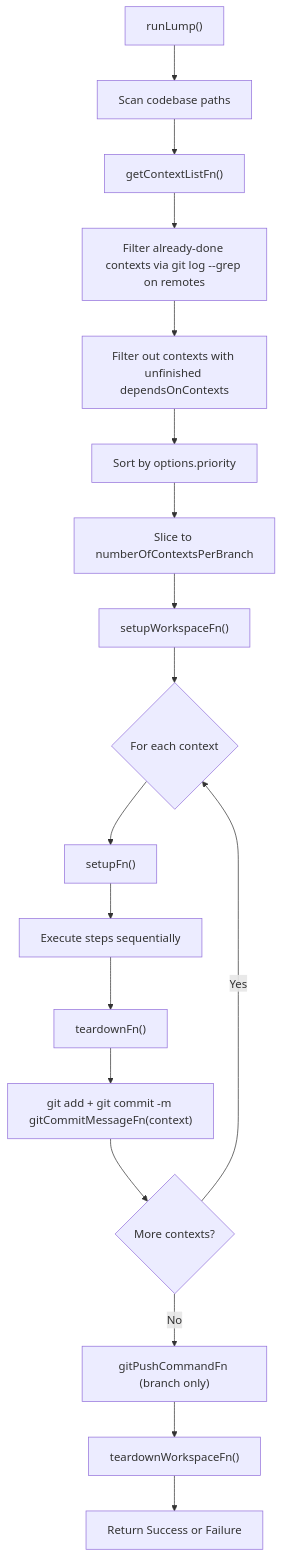
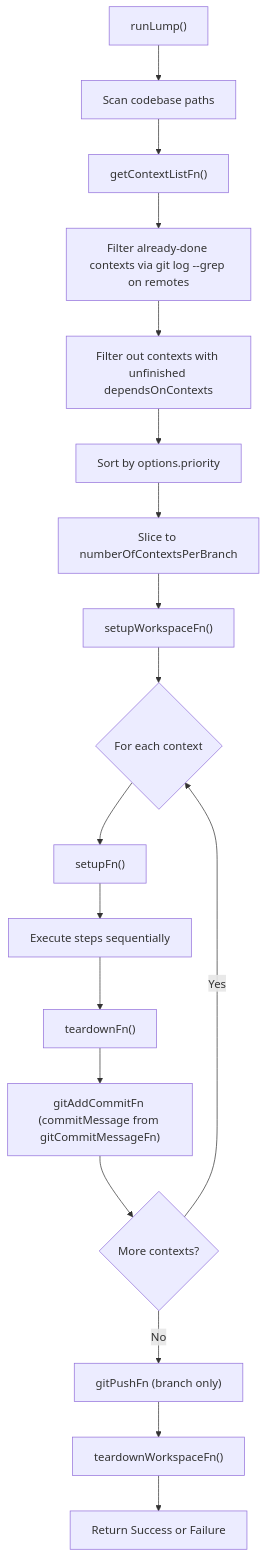
Before and after one commit to lumpcode/lumpcode: the diagram in packages/core/README.md, drawn with Mermaid. The commit also changed other lines of this file and 40 other files, not shown here.

````diff
--- a/packages/core/README.md
+++ b/packages/core/README.md
@@ -500,20 +502,20 @@
 ```mermaid
 flowchart TD
     Start["runLump()"] --> GetPaths["Scan codebase paths"]
     GetPaths --> GetContexts["getContextListFn()"]
     GetContexts --> FilterDone["Filter already-done contexts via git log --grep on remotes"]
     FilterDone --> FilterDeps["Filter out contexts with unfinished dependsOnContexts"]
     FilterDeps --> SortPriority["Sort by options.priority"]
     SortPriority --> SliceContexts["Slice to numberOfContextsPerBranch"]
     SliceContexts --> SetupWorkspace["setupWorkspaceFn()"]
     SetupWorkspace --> LoopStart{"For each context"}
     LoopStart --> Setup["setupFn()"]
     Setup --> ExecPrompts["Execute steps sequentially"]
     ExecPrompts --> Teardown["teardownFn()"]
-    Teardown --> AddCommit["git add + git commit -m gitCommitMessageFn(context)"]
+    Teardown --> AddCommit["gitAddCommitFn (commitMessage from gitCommitMessageFn)"]
     AddCommit --> LoopCheck{"More contexts?"}
     LoopCheck -->|Yes| LoopStart
-    LoopCheck -->|No| Push["gitPushCommandFn (branch only)"]
+    LoopCheck -->|No| Push["gitPushFn (branch only)"]
     Push --> TeardownWorkspace["teardownWorkspaceFn()"]
     TeardownWorkspace --> Done["Return Success or Failure"]
 ```
````
